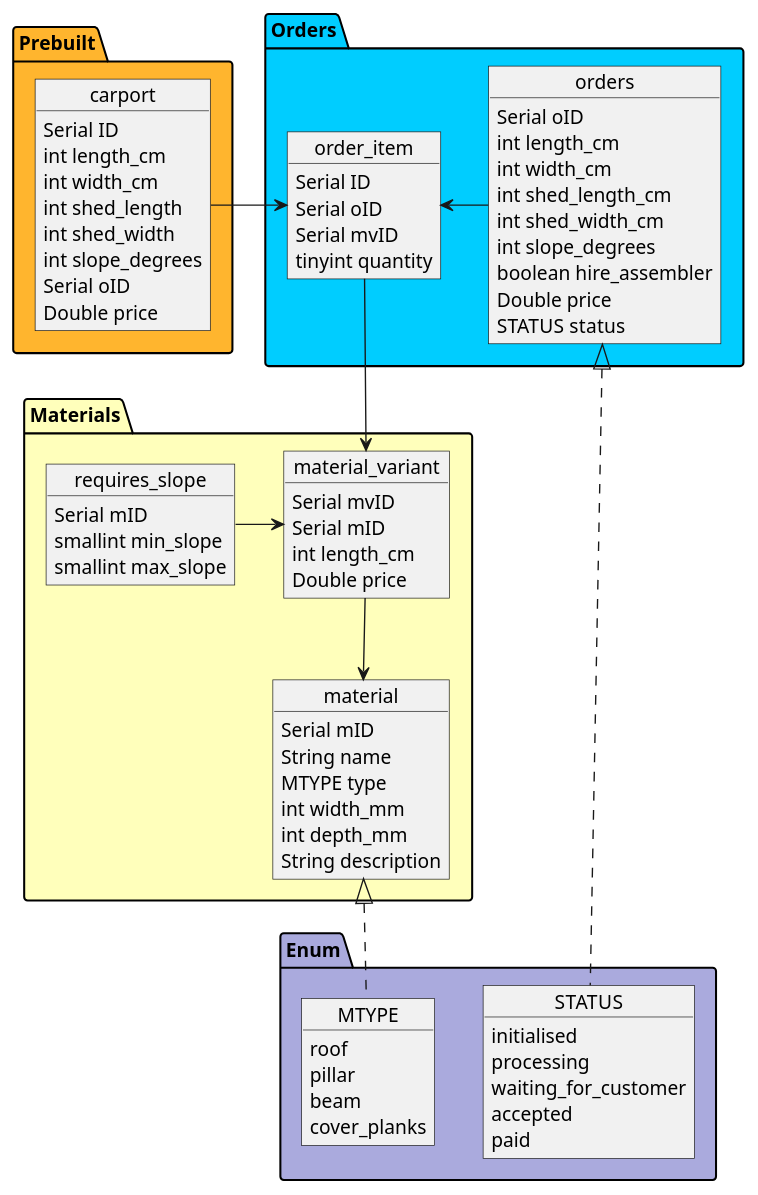
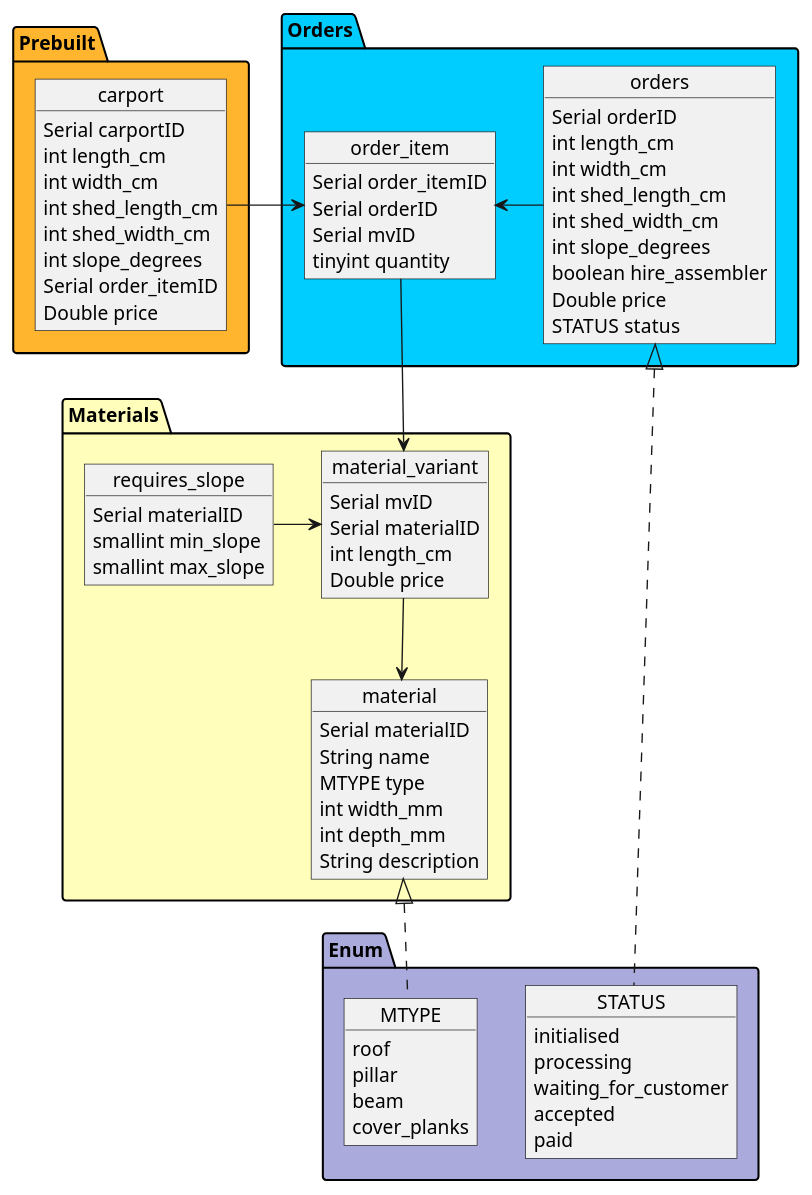
One commit to SirRolin/Carport---GroupB changed the diagram in docs/UML/To-Be/ERD/ERD.puml. Above: the diagram before and after it, drawn with PlantUML.

Commit message:
ERD changes as we found improvements while creating the database #2

```diff
--- a/docs/UML/To-Be/ERD/ERD.puml
+++ b/docs/UML/To-Be/ERD/ERD.puml
@@ -1,83 +1,83 @@
 @startuml
 package "Prebuilt" #FFB52E {
     Object carport {
-        Serial ID
+        Serial carportID
         int length_cm
         int width_cm
-        int shed_length
-        int shed_width
+        int shed_length_cm
+        int shed_width_cm
         int slope_degrees
-        Serial oID
+        Serial order_itemID
         Double price
     }
 }
 
 package "Materials" #ffb {
     Object material_variant {
         Serial mvID
-        Serial mID
+        Serial materialID
         int length_cm
         Double price
     }
     Object material {
-        Serial mID
+        Serial materialID
         String name
         MTYPE type
         int width_mm
         int depth_mm
         String description
     }
 
     'nice to have - if a material has this it's a roof that requires a slope
     Object requires_slope {
-        Serial mID
+        Serial materialID
         smallint min_slope
         smallint max_slope
     }
 }
 
 package "Orders" #00CDFF {
+    Object order_item {
+        Serial order_itemID
+        Serial orderID
+        Serial mvID
+        tinyint quantity
+    }
     Object orders {
-        Serial oID
+        Serial orderID
         int length_cm
         int width_cm
         int shed_length_cm
         int shed_width_cm
         int slope_degrees
         boolean hire_assembler
         Double price
         STATUS status
-    }
-    Object order_item {
-        Serial ID
-        Serial oID
-        Serial mvID
-        tinyint quantity
     }
 }
 
 package Enum #aad {
     Object STATUS {
         initialised
         processing
         waiting_for_customer
         accepted
         paid
     }
     Object MTYPE {
         roof
         pillar
         beam
         cover_planks
     }
 }
 
 orders <|.. STATUS
 material <|.. MTYPE
 order_item --> material_variant
 carport -> order_item
 order_item <- orders
 material_variant --> material
 requires_slope -> material_variant
 
 @enduml
```
